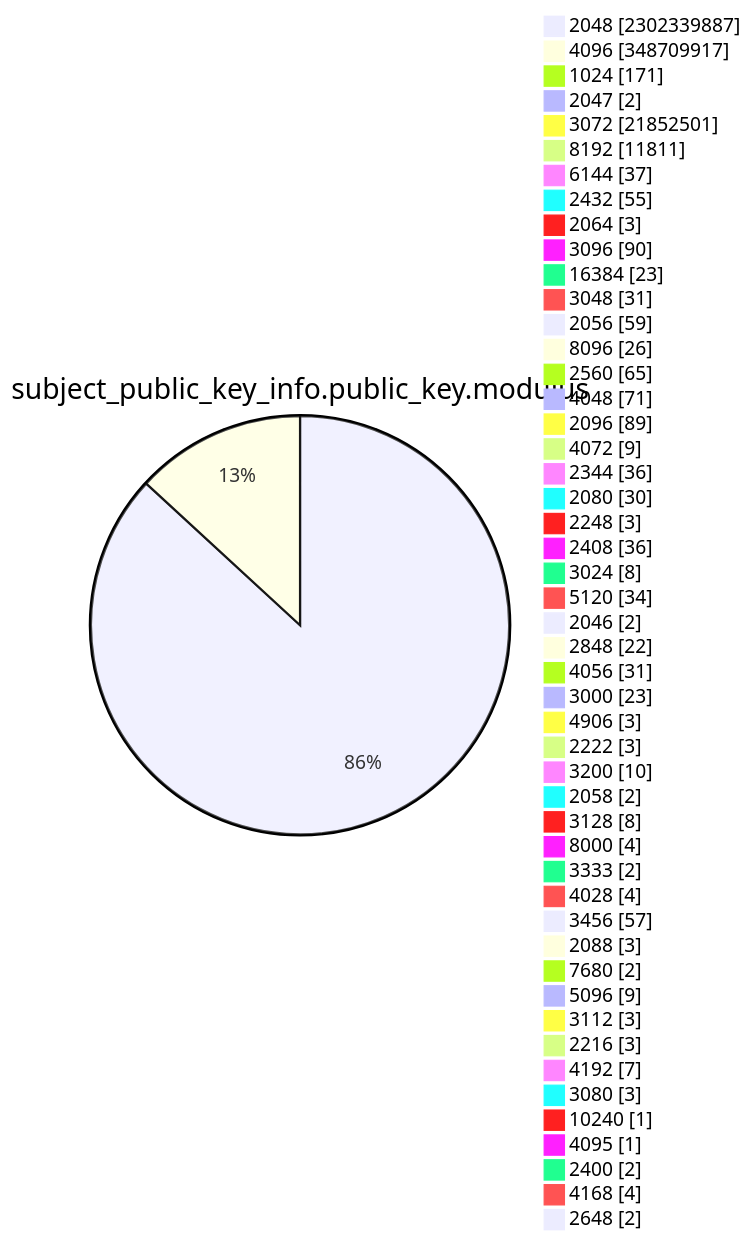
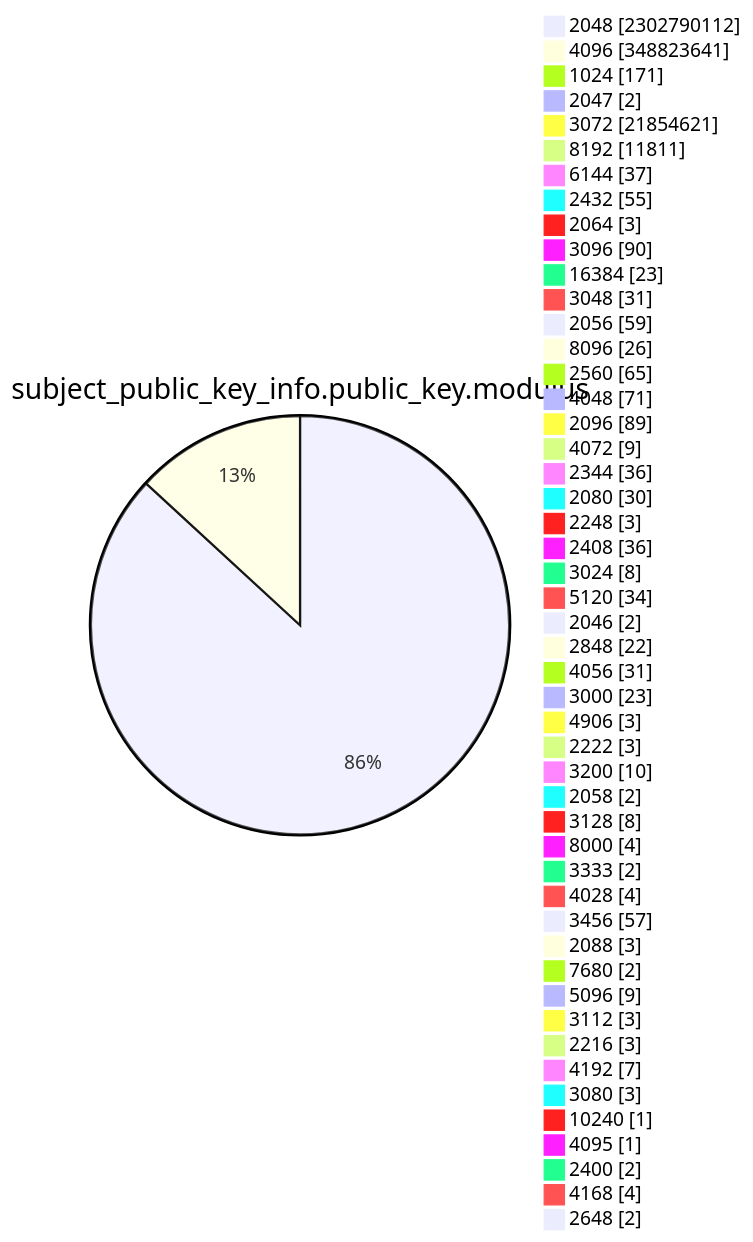
Before and after one commit to christiankrug/ctmonitor_visualization: diagram 13 of 15 in TOTAL/README.md, drawn with Mermaid. The commit also changed other lines of this file, not shown here.

````diff
--- a/TOTAL/README.md
+++ b/TOTAL/README.md
@@ -4167,53 +4167,53 @@
 ```mermaid
 pie showData
 title subject_public_key_info.public_key.modulus
-"2048" :2302339887
-"4096" :348709917
+"2048" :2302790112
+"4096" :348823641
 "1024" :171
 "2047" :2
-"3072" :21852501
+"3072" :21854621
 "8192" :11811
 "6144" :37
 "2432" :55
 "2064" :3
 "3096" :90
 "16384" :23
 "3048" :31
 "2056" :59
 "8096" :26
 "2560" :65
 "4048" :71
 "2096" :89
 "4072" :9
 "2344" :36
 "2080" :30
 "2248" :3
 "2408" :36
 "3024" :8
 "5120" :34
 "2046" :2
 "2848" :22
 "4056" :31
 "3000" :23
 "4906" :3
 "2222" :3
 "3200" :10
 "2058" :2
 "3128" :8
 "8000" :4
 "3333" :2
 "4028" :4
 "3456" :57
 "2088" :3
 "7680" :2
 "5096" :9
 "3112" :3
 "2216" :3
 "4192" :7
 "3080" :3
 "10240" :1
 "4095" :1
 "2400" :2
 "4168" :4
 "2648" :2
 ```
````
